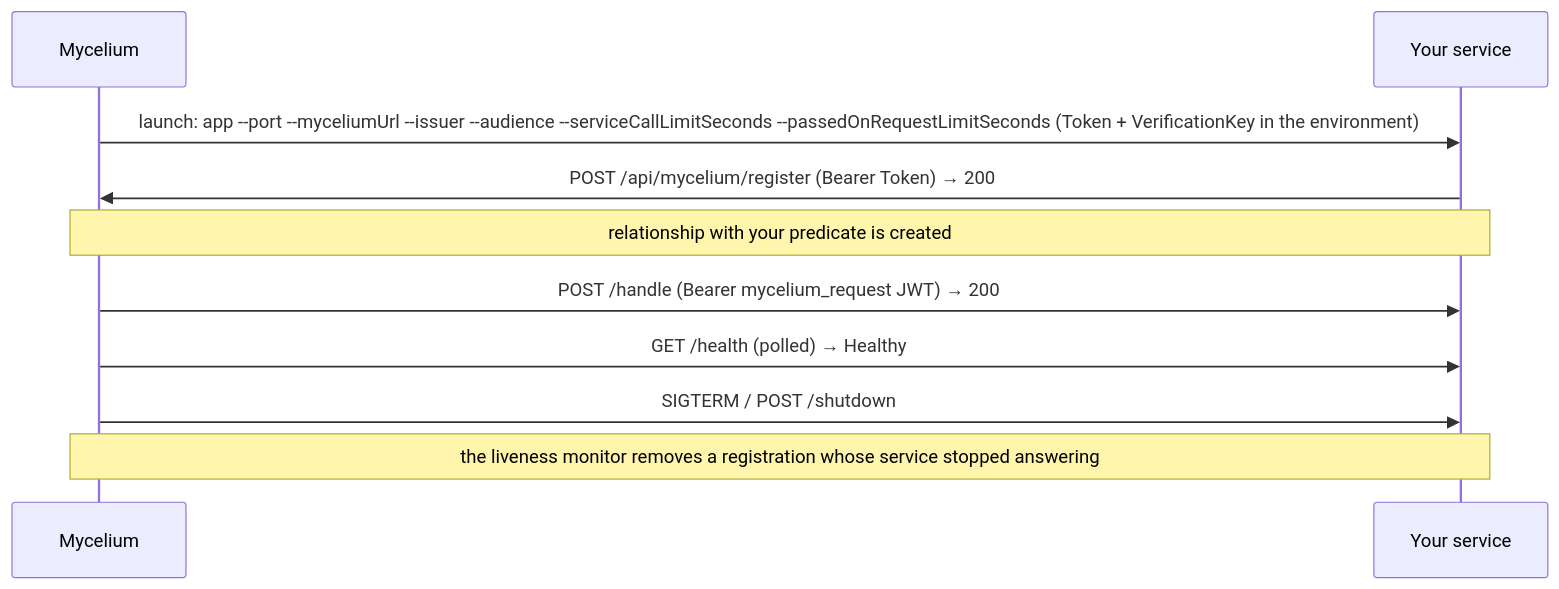
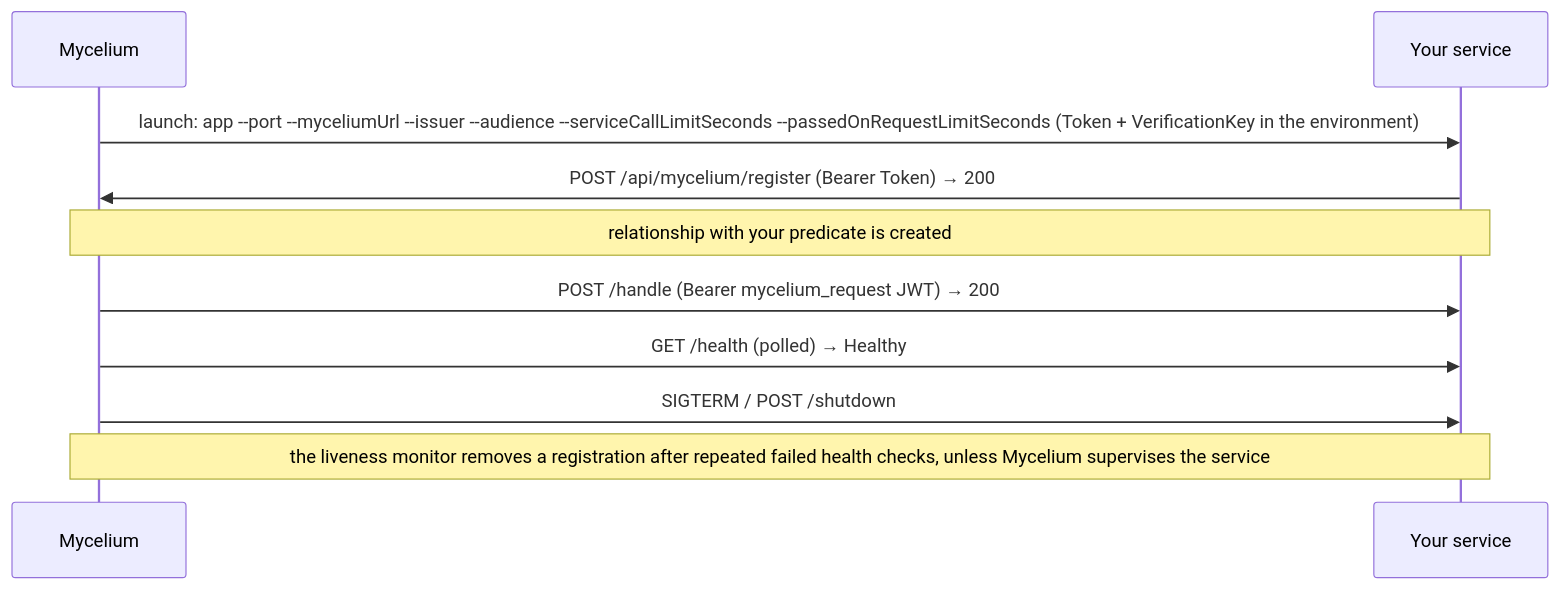
One commit to ReGen-Villages/VillageOS-API changed the diagram in docs/SERVICE_AUTHORING.md. Above: the diagram before and after it, drawn with Mermaid. The commit also changed other lines of this file, not shown here.

First line of the commit message:
The authoring guide says which predicates reach a service, what the build verifies, and what the shared host answers (AB#8596)

````diff
--- a/docs/SERVICE_AUTHORING.md
+++ b/docs/SERVICE_AUTHORING.md
@@ -59,12 +61,12 @@
 ```mermaid
 sequenceDiagram
     participant M as Mycelium
     participant S as Your service
     M->>S: launch: app --port --myceliumUrl --issuer --audience --serviceCallLimitSeconds --passedOnRequestLimitSeconds (Token + VerificationKey in the environment)
     S->>M: POST /api/mycelium/register (Bearer Token) → 200
     Note over M,S: relationship with your predicate is created
     M->>S: POST /handle (Bearer mycelium_request JWT) → 200
     M->>S: GET /health (polled) → Healthy
     M->>S: SIGTERM / POST /shutdown
-    Note over M,S: the liveness monitor removes a registration whose service stopped answering
+    Note over M,S: the liveness monitor removes a registration after repeated failed health checks, unless Mycelium supervises the service
 ```
````
